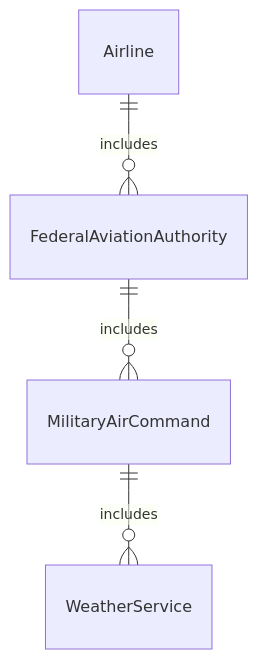
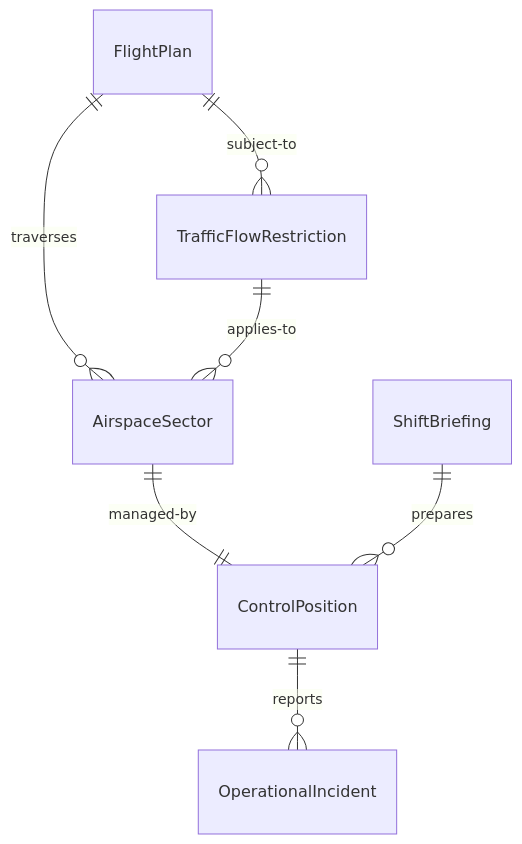
Before and after one commit to dot-org-ai/tasks.org.ai: the first of 4 diagrams in GuidingDirectingAndMotivatingSubordinates/ManageControlSystemsOrActivities/CoordinateFlightControlManagementActivities.mdx, drawn with Mermaid. The commit also changed other lines of this file and 515 other files, not shown here.

````diff
--- a/GuidingDirectingAndMotivatingSubordinates/ManageControlSystemsOrActivities/CoordinateFlightControlManagementActivities.mdx
+++ b/GuidingDirectingAndMotivatingSubordinates/ManageControlSystemsOrActivities/CoordinateFlightControlManagementActivities.mdx
@@ -89,6 +89,9 @@
 ```mermaid
 erDiagram
-    Airline ||--o{ FederalAviationAuthority : includes
-    FederalAviationAuthority ||--o{ MilitaryAirCommand : includes
-    MilitaryAirCommand ||--o{ WeatherService : includes
+    FlightPlan ||--o{ AirspaceSector : "traverses"
+    AirspaceSector ||--|| ControlPosition : "managed-by"
+    TrafficFlowRestriction ||--o{ AirspaceSector : "applies-to"
+    ControlPosition ||--o{ OperationalIncident : "reports"
+    ShiftBriefing ||--o{ ControlPosition : "prepares"
+    FlightPlan ||--o{ TrafficFlowRestriction : "subject-to"
 ```
````
